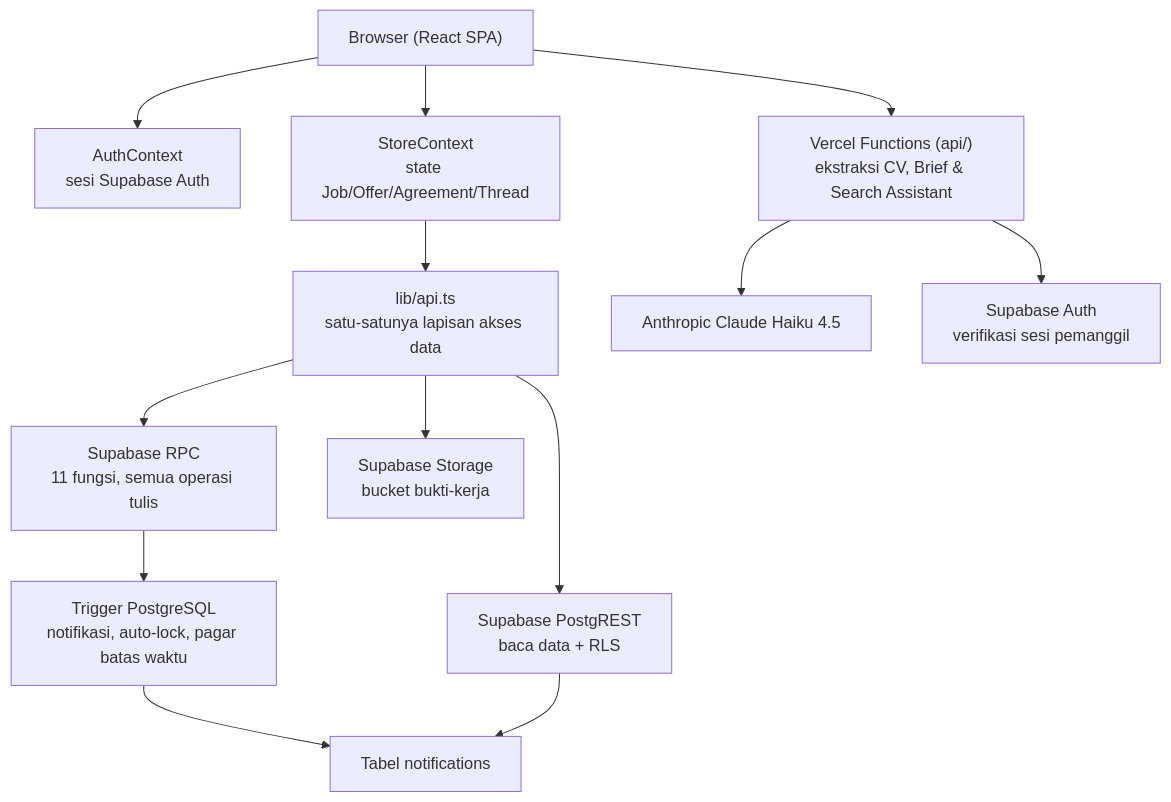
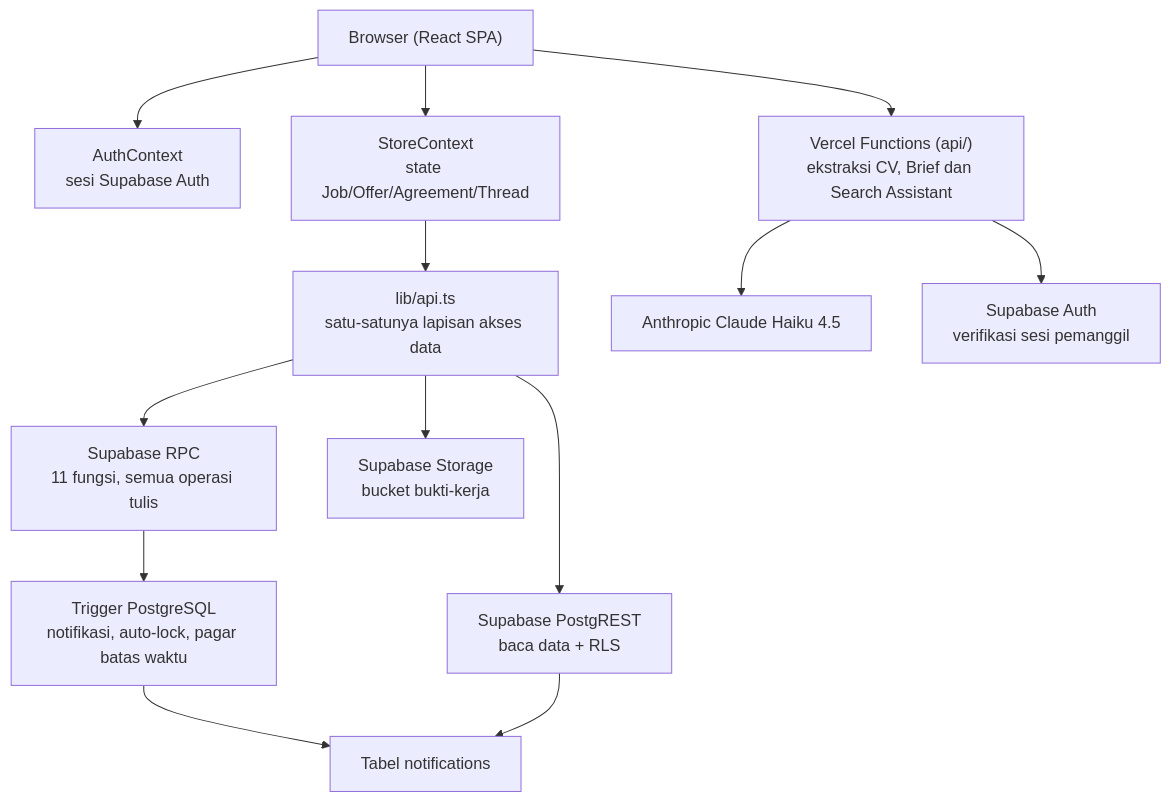
The first of 5 diagrams in README.md (lewron135/Stepping-Stone), drawn with Mermaid before and after one commit. The commit also changed other lines of this file and 1 other file, not shown here.

First line of the commit message:
README: tiga diagram baru dan bagian Cara Kerja AI

````diff
--- a/README.md
+++ b/README.md
@@ -119,16 +120,16 @@
 ```mermaid
 flowchart TB
     A["Browser (React SPA)"]
     A --> B["AuthContext<br/>sesi Supabase Auth"]
     A --> C["StoreContext<br/>state Job/Offer/Agreement/Thread"]
     C --> D["lib/api.ts<br/>satu-satunya lapisan akses data"]
     D --> E["Supabase PostgREST<br/>baca data + RLS"]
     D --> F["Supabase RPC<br/>11 fungsi, semua operasi tulis"]
     D --> G["Supabase Storage<br/>bucket bukti-kerja"]
     F --> H["Trigger PostgreSQL<br/>notifikasi, auto-lock, pagar batas waktu"]
     H --> I["Tabel notifications"]
     E --> I
-    A --> J["Vercel Functions (api/)<br/>ekstraksi CV, Brief & Search Assistant"]
+    A --> J["Vercel Functions (api/)<br/>ekstraksi CV, Brief dan Search Assistant"]
     J --> K["Anthropic Claude Haiku 4.5"]
     J --> L["Supabase Auth<br/>verifikasi sesi pemanggil"]
 ```
````
